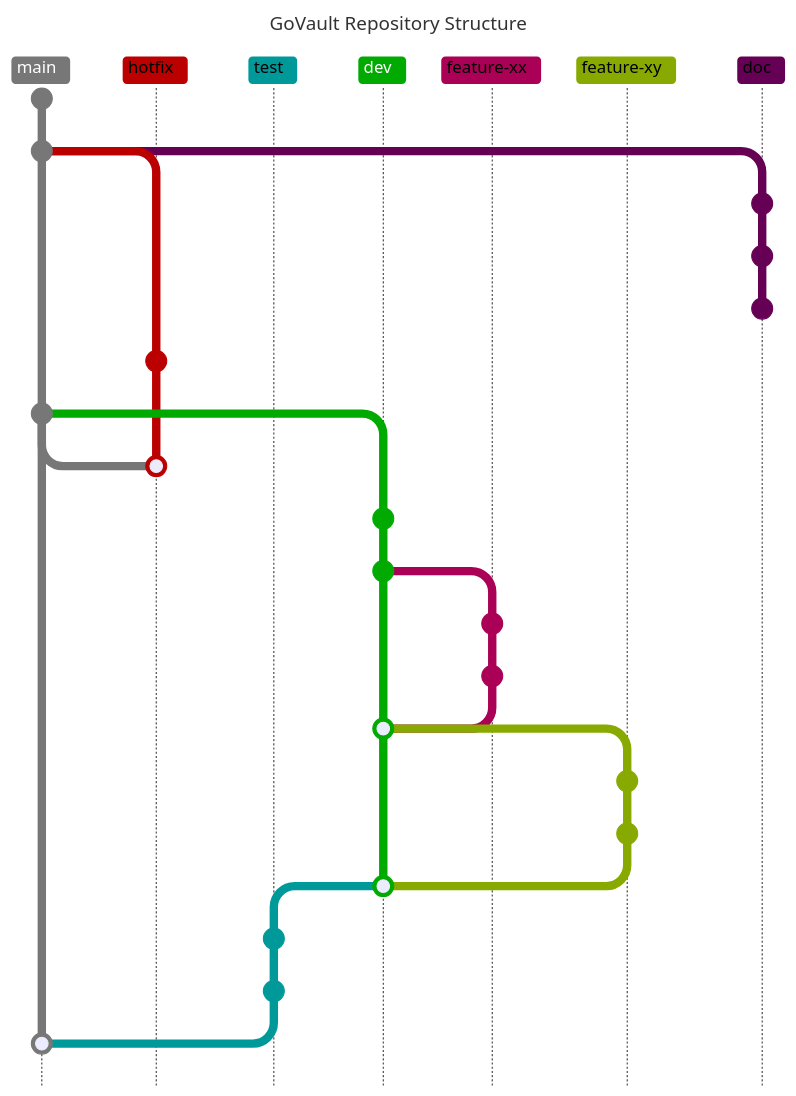
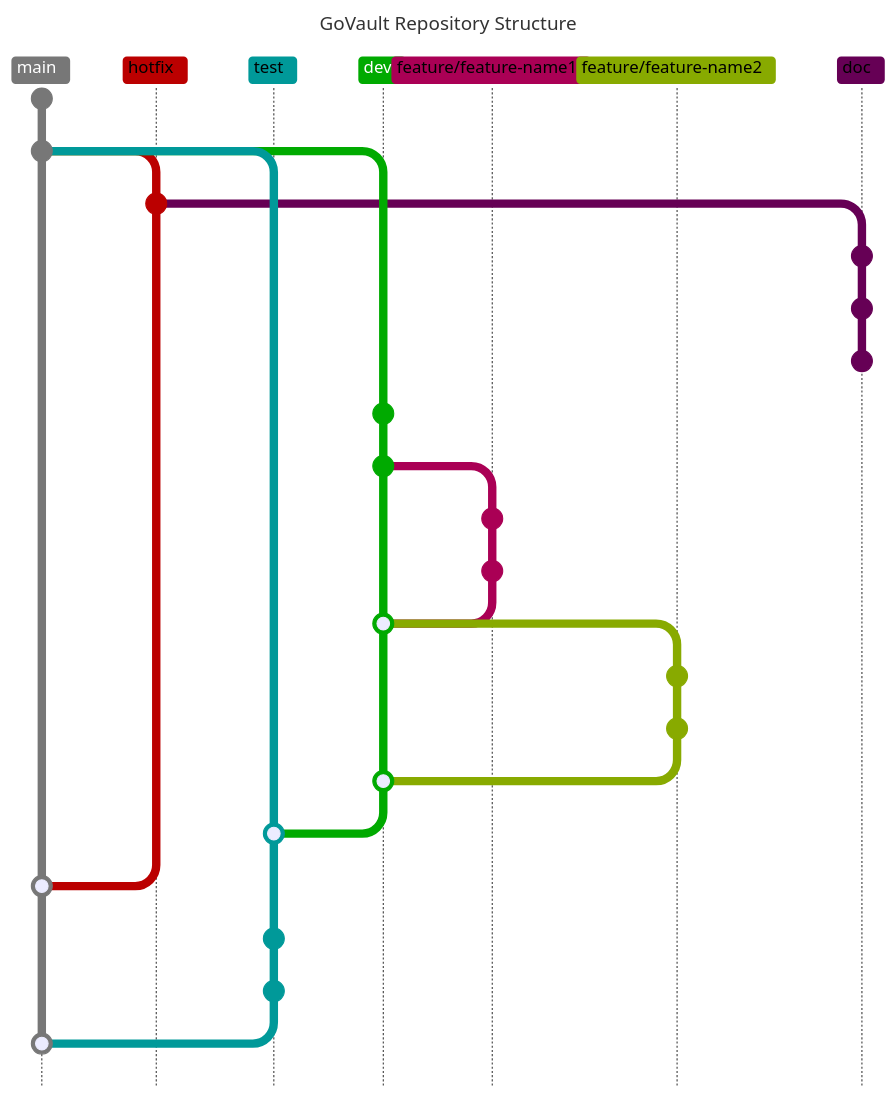
The diagram in Specifications/gitflow.md (JoshKoiro/GoVault), drawn with Mermaid before and after one commit. The commit also changed other lines of this file and 1 other file, not shown here. Commit ids are hidden.

Commit message:
corrected links and updated gitflow diagram

````diff
--- a/Specifications/gitflow.md
+++ b/Specifications/gitflow.md
@@ -31,49 +31,49 @@
 ```mermaid
 ---
 title: GoVault Repository Structure
 ---
 %%{init: { 'logLevel': 'debug', 'themeVariables': {
               'git0': '#777777',
               'git1': '#bb0000',
               'git2': '#009999',
               'git3': '#00aa00',
               'git4': '#aa0055',
               'git5': '#88aa00',
               'git6': '#660055',
               'git7': '#00ffff'
        } } }%%
 gitGraph TB:
 commit
 commit
+branch hotfix order: 1
+commit id:"bugfix"
 branch doc order: 6
 commit
 commit
 commit
 checkout main
-branch hotfix order: 2
-commit id:"bugfix"
-checkout main
-commit
-checkout hotfix
-merge main
-checkout main
+branch test order: 2
 branch dev order: 3
 commit
 commit
-branch feature-xx order: 4
+branch feature/feature-name1 order: 4
 commit
 commit
 checkout dev
-merge feature-xx
-branch feature-xy order: 5
+merge feature/feature-name1
+branch feature/feature-name2 order: 5
 commit
 commit
 checkout dev
-merge feature-xy
-branch test order: 2
+merge feature/feature-name2
+checkout test
+merge dev
+checkout main
+merge hotfix
+checkout main
 checkout test
 commit
 commit
 checkout main
 merge test
 ```
````
